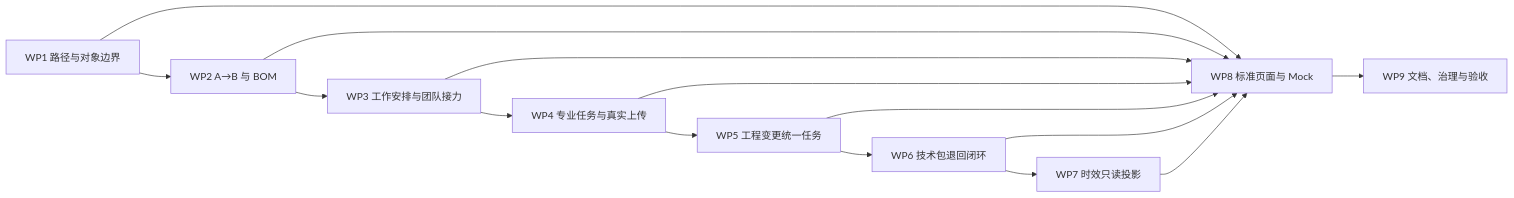
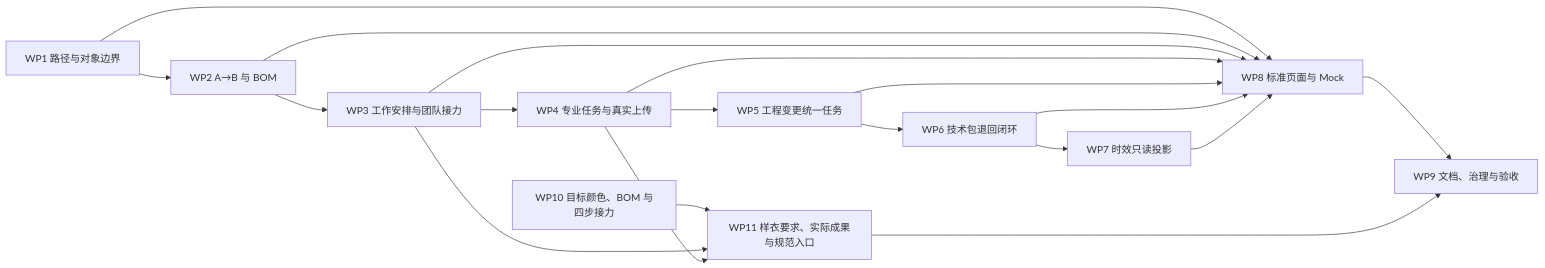
One commit to laoertongxue/higoods changed the diagram in docs/product-design/PCS生产工程管理实施计划.md. Above: the diagram before and after it, drawn with Mermaid. The commit also changed other lines of this file and 23 other files, not shown here.

````diff
--- a/docs/product-design/PCS生产工程管理实施计划.md
+++ b/docs/product-design/PCS生产工程管理实施计划.md
@@ -49,17 +49,21 @@
 ```mermaid
 flowchart LR
   W1["WP1 路径与对象边界"] --> W2["WP2 A→B 与 BOM"]
   W2 --> W3["WP3 工作安排与团队接力"]
   W3 --> W4["WP4 专业任务与真实上传"]
   W4 --> W5["WP5 工程变更统一任务"]
   W5 --> W6["WP6 技术包退回闭环"]
   W6 --> W7["WP7 时效只读投影"]
   W1 --> W8["WP8 标准页面与 Mock"]
   W2 --> W8
   W3 --> W8
   W4 --> W8
   W5 --> W8
   W6 --> W8
   W7 --> W8
   W8 --> W9["WP9 文档、治理与验收"]
+  W10["WP10 目标颜色、BOM 与四步接力"] --> W11["WP11 样衣要求、实际成果与规范入口"]
+  W3 --> W11
+  W4 --> W11
+  W11 --> W9
 ```
````
